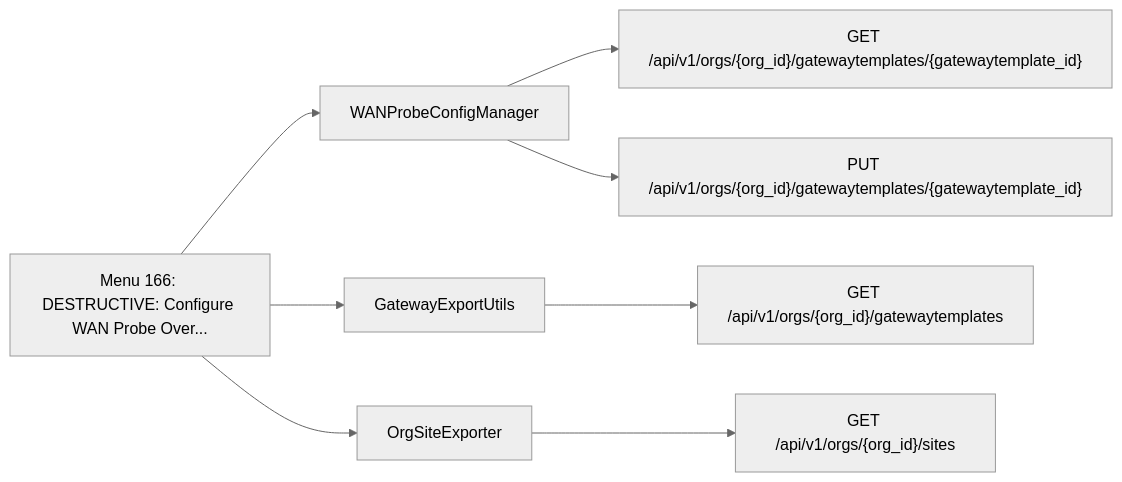
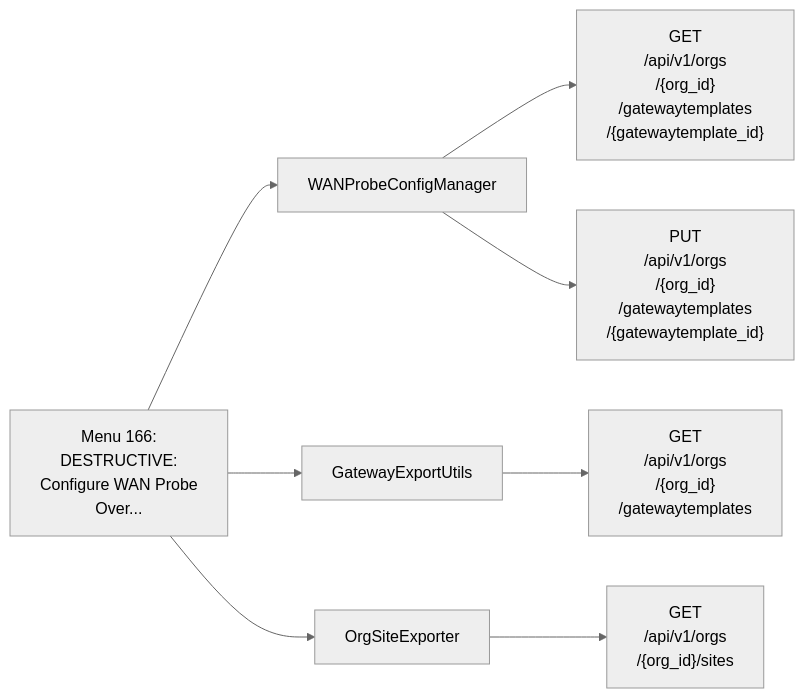
Diagram 14 of 41 in documentation/menu-api/destructive.md (jmorrison-juniper/MistHelper), drawn with Mermaid (neutral theme) before and after one commit. The commit also changed other lines of this file and 19 other files, not shown here.

First line of the commit message:
docs(menu-api): fit the Mermaid diagrams to the wiki column

````diff
--- a/documentation/menu-api/destructive.md
+++ b/documentation/menu-api/destructive.md
@@ -605,11 +404,11 @@
 ```mermaid
 flowchart LR
-    menu["Menu 166: DESTRUCTIVE: Configure WAN Probe Over..."]
+    menu["Menu 166:<br/>DESTRUCTIVE:<br/>Configure WAN Probe<br/>Over..."]
     menu --> c1["WANProbeConfigManager"]
-    c1 --> e1["GET /api/v1/orgs/{org_id}/gatewaytemplates/{gatewaytemplate_id}"]
-    c1 --> e2["PUT /api/v1/orgs/{org_id}/gatewaytemplates/{gatewaytemplate_id}"]
+    c1 --> e1["GET<br/>/api/v1/orgs<br/>/{org_id}<br/>/gatewaytemplates<br/>/{gatewaytemplate_id}"]
+    c1 --> e2["PUT<br/>/api/v1/orgs<br/>/{org_id}<br/>/gatewaytemplates<br/>/{gatewaytemplate_id}"]
     menu --> c2["GatewayExportUtils"]
-    c2 --> e3["GET /api/v1/orgs/{org_id}/gatewaytemplates"]
+    c2 --> e3["GET<br/>/api/v1/orgs<br/>/{org_id}<br/>/gatewaytemplates"]
     menu --> c3["OrgSiteExporter"]
-    c3 --> e4["GET /api/v1/orgs/{org_id}/sites"]
+    c3 --> e4["GET<br/>/api/v1/orgs<br/>/{org_id}/sites"]
 ```
````
